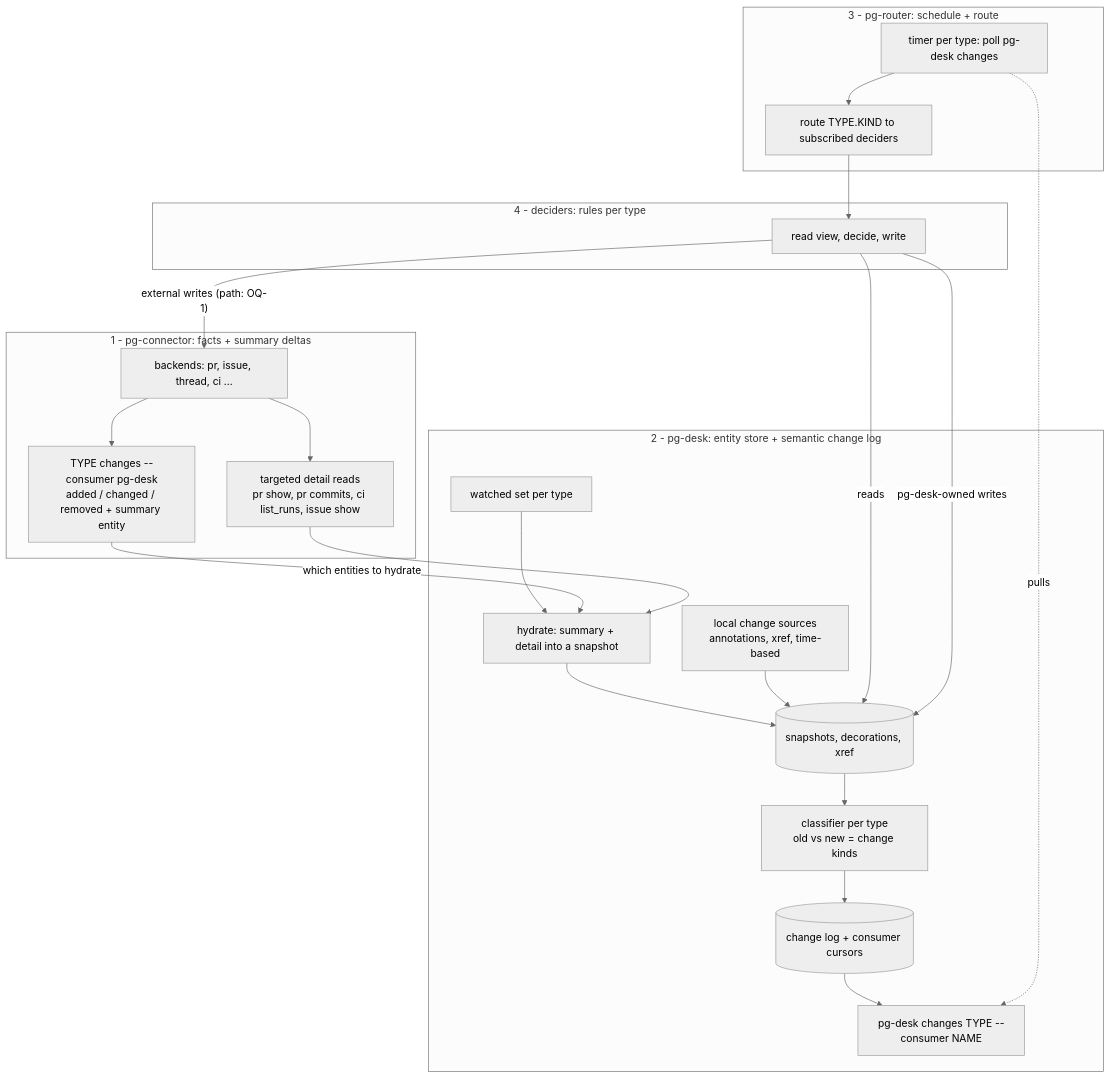
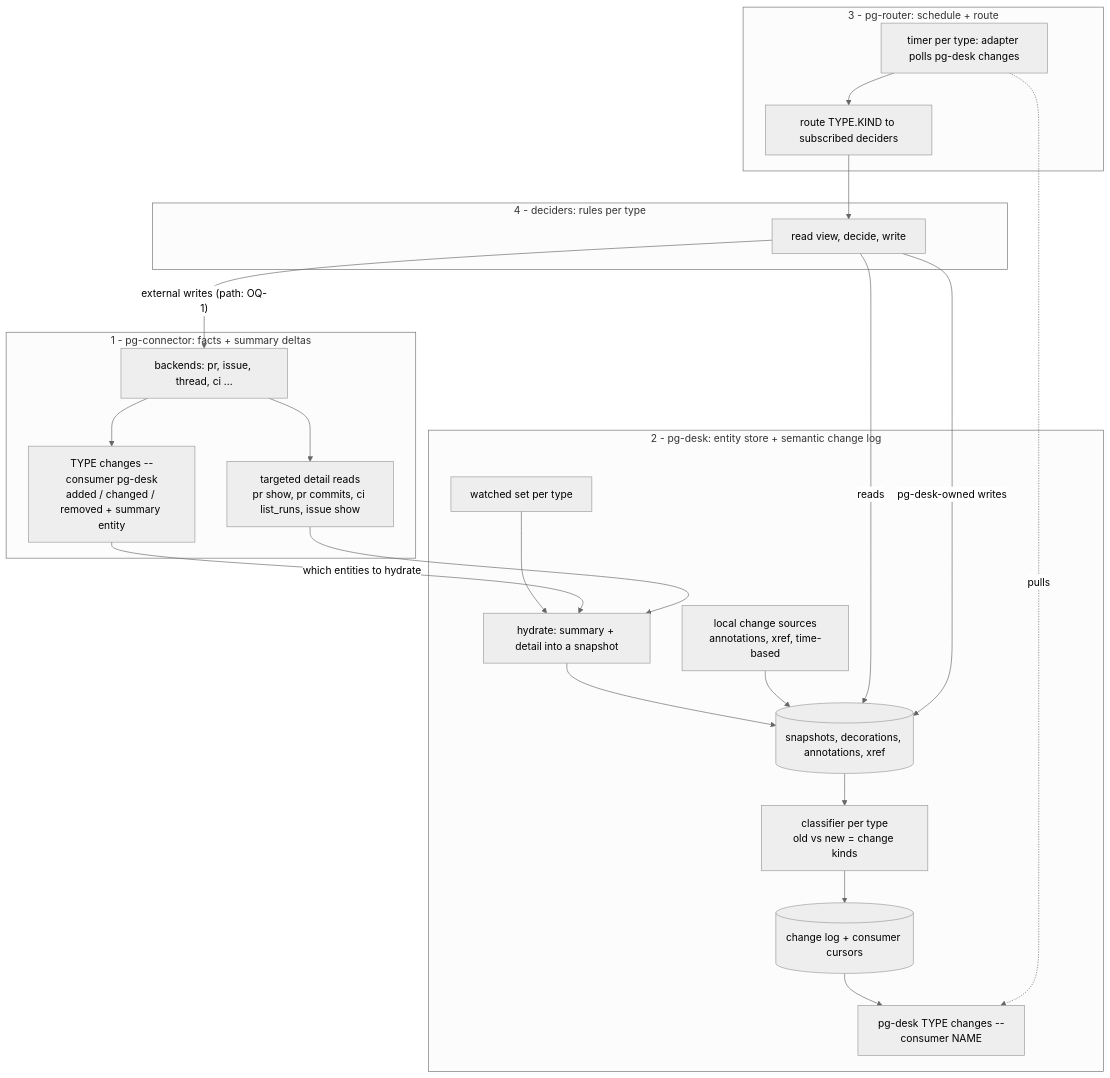
Before and after one commit to phillipgreenii/nix-agent-support: the first of 2 diagrams in docs/superpowers/specs/2026-09-29-entity-change-flow-design.md, drawn with Mermaid (neutral theme). The commit also changed other lines of this file, not shown here.

Commit message:
docs: entity change flow design rev 2 -- review fixes, contracts/schemas, user stories

````diff
--- a/docs/superpowers/specs/2026-09-29-entity-change-flow-design.md
+++ b/docs/superpowers/specs/2026-09-29-entity-change-flow-design.md
@@ -82,42 +67,42 @@
 ```mermaid
 flowchart TD
     subgraph L1["1 - pg-connector: facts + summary deltas"]
         BK["backends: pr, issue, thread, ci ..."]
         CH["TYPE changes --consumer pg-desk<br/>added / changed / removed + summary entity"]
         DET["targeted detail reads<br/>pr show, pr commits, ci list_runs, issue show"]
         BK --> CH
         BK --> DET
     end
 
     subgraph L2["2 - pg-desk: entity store + semantic change log"]
         WS["watched set per type"]
         HYD["hydrate: summary + detail into a snapshot"]
         LOC["local change sources<br/>annotations, xref, time-based"]
-        STO[("snapshots, decorations, xref")]
+        STO[("snapshots, decorations, annotations, xref")]
         CLS["classifier per type<br/>old vs new = change kinds"]
         LOG[("change log + consumer cursors")]
-        FEED["pg-desk changes TYPE --consumer NAME"]
+        FEED["pg-desk TYPE changes --consumer NAME"]
         WS --> HYD
         HYD --> STO
         LOC --> STO
         STO --> CLS --> LOG --> FEED
     end
 
     subgraph L3["3 - pg-router: schedule + route"]
-        POLL["timer per type: poll pg-desk changes"]
+        POLL["timer per type: adapter polls pg-desk changes"]
         RT["route TYPE.KIND to subscribed deciders"]
         POLL --> RT
     end
 
     subgraph L4["4 - deciders: rules per type"]
         DC["read view, decide, write"]
     end
 
     CH -->|"which entities to hydrate"| HYD
     DET --> HYD
     POLL -.->|"pulls"| FEED
     RT --> DC
     DC -->|"reads"| STO
     DC -->|"pg-desk-owned writes"| STO
     DC -->|"external writes (path: OQ-1)"| BK
 ```
````
